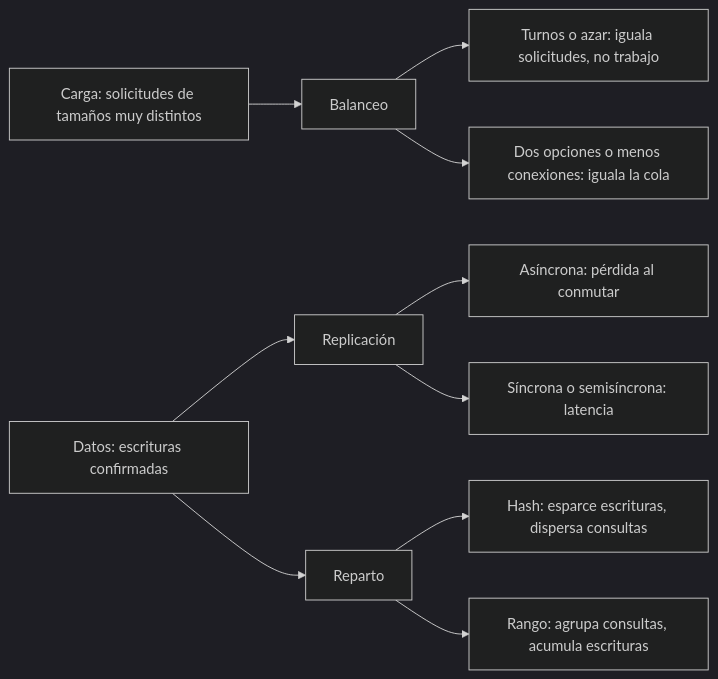
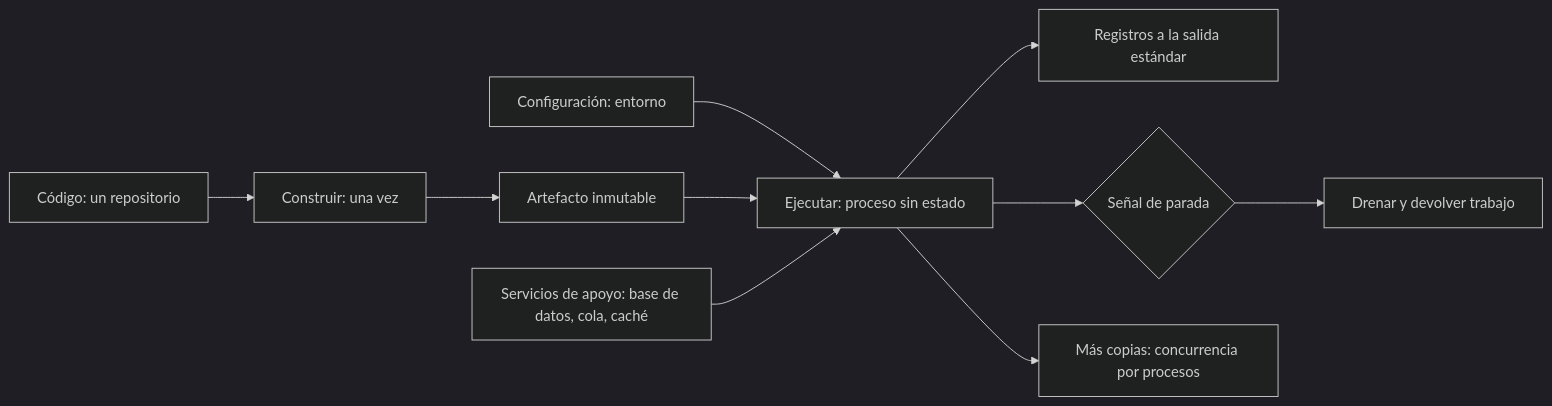
One commit to vladimiracunadev-create/modern-software-engineering-program changed the diagram in content/part-28/SE-345.md. Above: the diagram before and after it, drawn with Mermaid (dark theme). The commit also changed other lines of this file and 5193 other files, not shown here.

````diff
--- a/content/part-28/SE-345.md
+++ b/content/part-28/SE-345.md
@@ -55,12 +58,12 @@
 ```mermaid
 flowchart LR
-    A[Carga: solicitudes de tamaños muy distintos] --> B[Balanceo]
-    B --> C[Turnos o azar: iguala solicitudes, no trabajo]
-    B --> D[Dos opciones o menos conexiones: iguala la cola]
-    E[Datos: escrituras confirmadas] --> F[Replicación]
-    F --> G[Asíncrona: pérdida al conmutar]
-    F --> H[Síncrona o semisíncrona: latencia]
-    E --> I[Reparto]
-    I --> J[Hash: esparce escrituras, dispersa consultas]
-    I --> K[Rango: agrupa consultas, acumula escrituras]
+    A[Código: un repositorio] --> B[Construir: una vez]
+    B --> C[Artefacto inmutable]
+    D[Configuración: entorno] --> E[Ejecutar: proceso sin estado]
+    C --> E
+    F[Servicios de apoyo: base de datos, cola, caché] --> E
+    E --> G[Registros a la salida estándar]
+    E --> H{Señal de parada}
+    H --> I[Drenar y devolver trabajo]
+    E --> J[Más copias: concurrencia por procesos]
 ```
````
